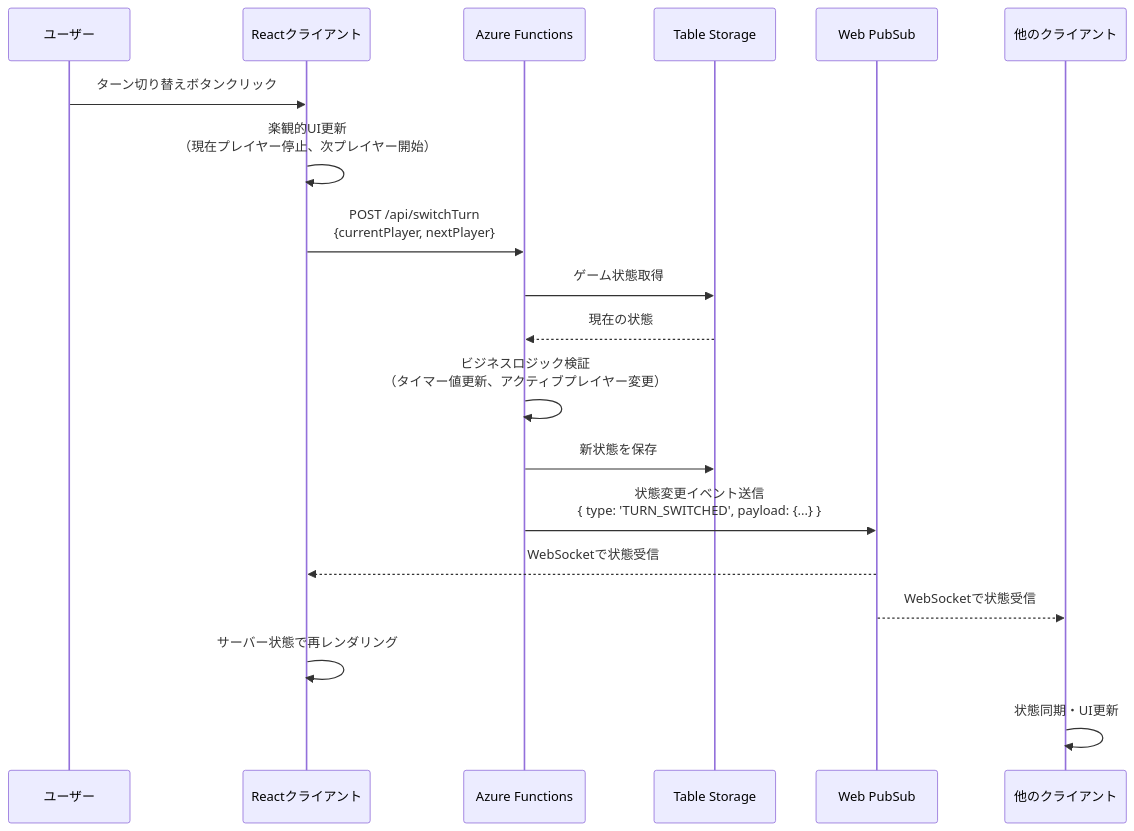
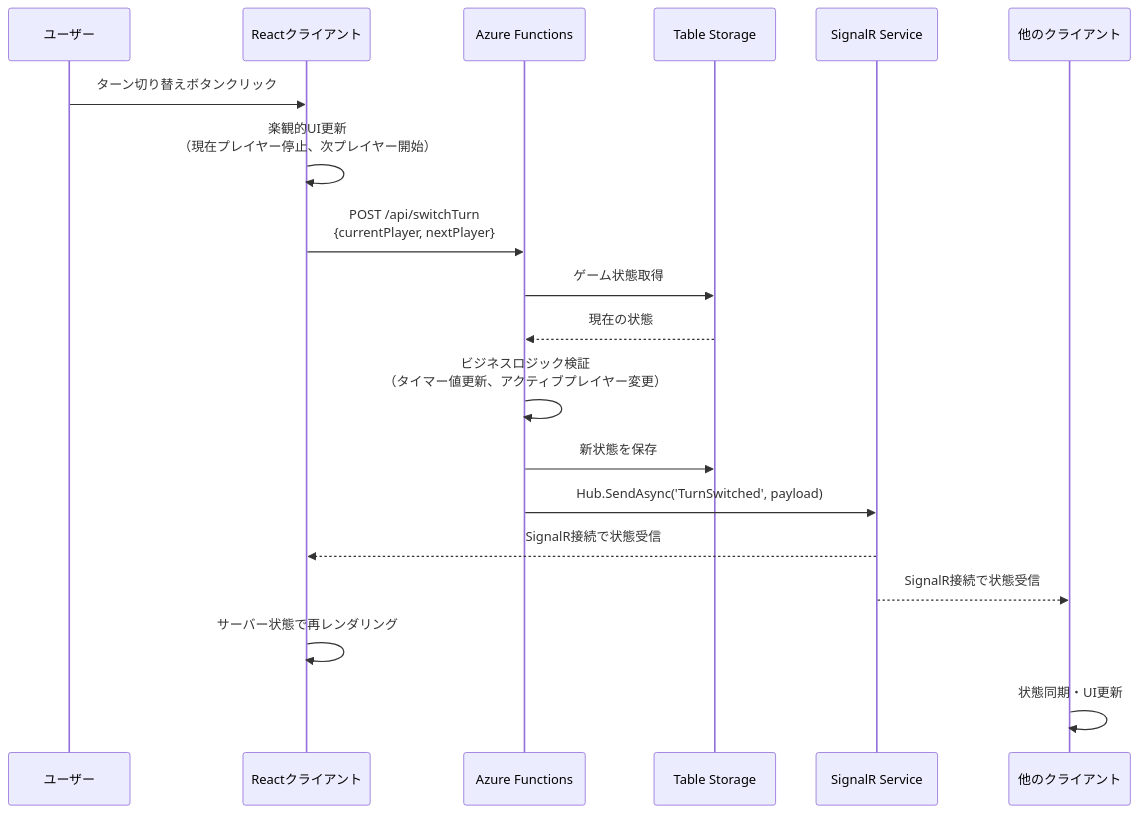
Before and after one commit to Jillrinn/tickTackFour: the second of 4 diagrams in .kiro/specs/multiplayer-game-timer/design.md, drawn with Mermaid. The commit also changed other lines of this file and 1 other file, not shown here.

First line of the commit message:
Update spec: SignalR + hybrid timer mode (count-up/down)

````diff
--- a/.kiro/specs/multiplayer-game-timer/design.md
+++ b/.kiro/specs/multiplayer-game-timer/design.md
@@ -152,22 +162,22 @@
 ```mermaid
 sequenceDiagram
     participant U as ユーザー
     participant C as Reactクライアント
     participant F as Azure Functions
     participant S as Table Storage
-    participant P as Web PubSub
+    participant SR as SignalR Service
     participant O as 他のクライアント
 
     U->>C: ターン切り替えボタンクリック
     C->>C: 楽観的UI更新<br/>（現在プレイヤー停止、次プレイヤー開始）
     C->>F: POST /api/switchTurn<br/>{currentPlayer, nextPlayer}
     F->>S: ゲーム状態取得
     S-->>F: 現在の状態
     F->>F: ビジネスロジック検証<br/>（タイマー値更新、アクティブプレイヤー変更）
     F->>S: 新状態を保存
-    F->>P: 状態変更イベント送信<br/>{ type: 'TURN_SWITCHED', payload: {...} }
-    P-->>C: WebSocketで状態受信
-    P-->>O: WebSocketで状態受信
+    F->>SR: Hub.SendAsync('TurnSwitched', payload)
+    SR-->>C: SignalR接続で状態受信
+    SR-->>O: SignalR接続で状態受信
     C->>C: サーバー状態で再レンダリング
     O->>O: 状態同期・UI更新
 ```
````
